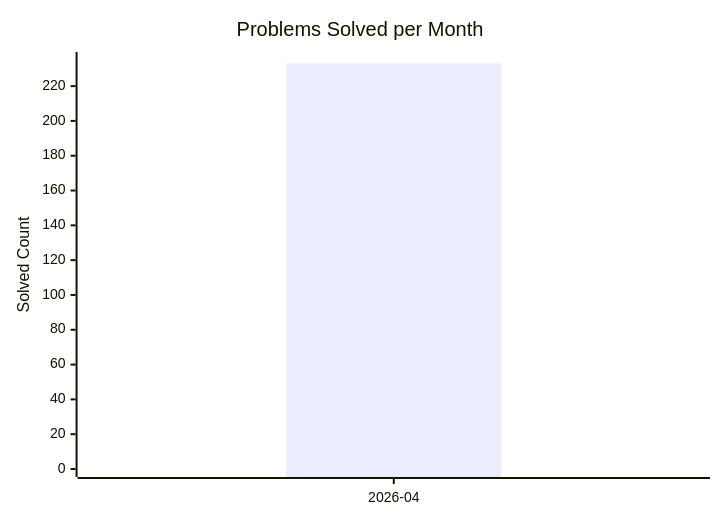
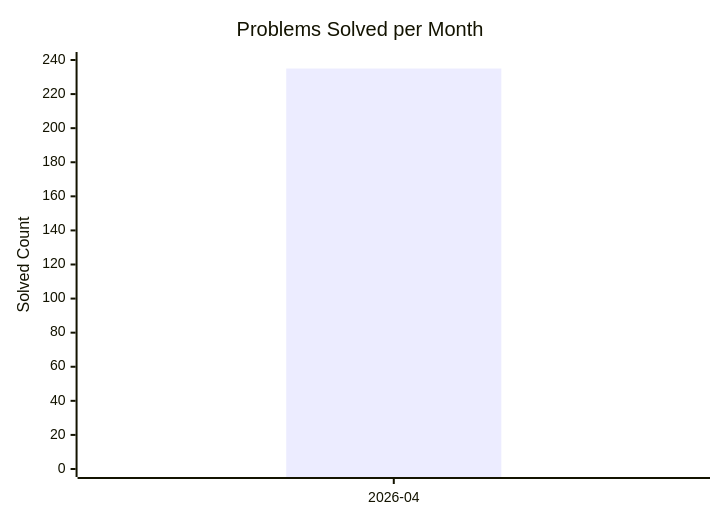
Before and after one commit to AdityaPandey-DEV/CP-Progress-Sync: the diagram in dashboard.md, drawn with Mermaid. The commit also changed other lines of this file, not shown here.

Commit message:
Auto-update CP dashboard [skip ci]

````diff
--- a/dashboard.md
+++ b/dashboard.md
@@ -8,8 +8,8 @@
 ```mermaid
 xychart-beta
     title "Problems Solved per Month"
     x-axis ["2026-04"]
-    y-axis "Solved Count" 0 --> 235
-    bar [233]
-    line [233]
+    y-axis "Solved Count" 0 --> 240
+    bar [235]
+    line [235]
 ```
````
